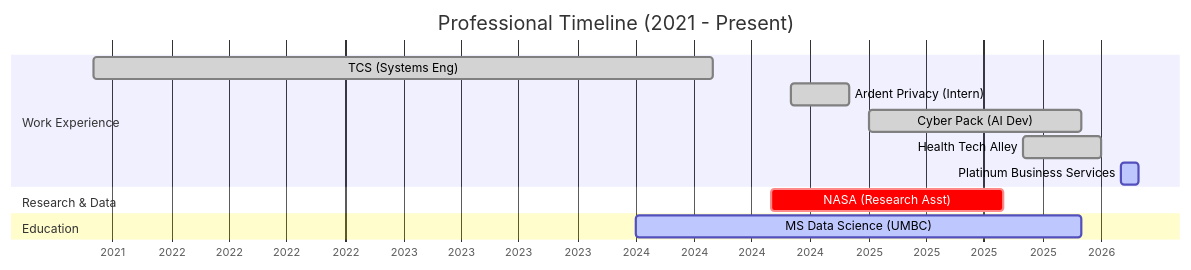
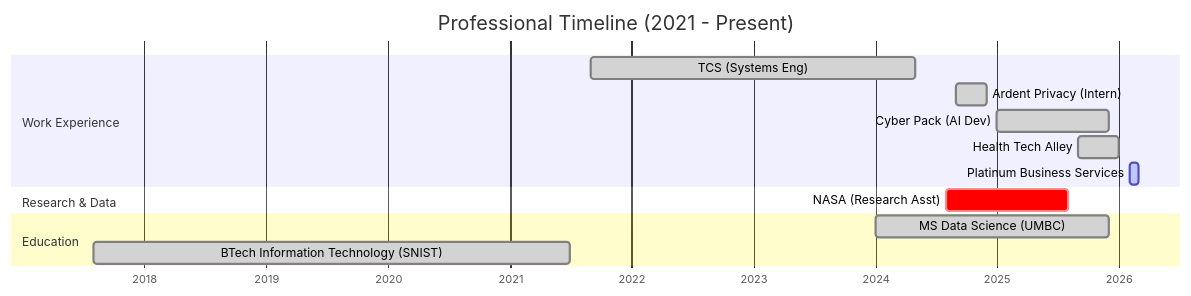
One commit to akhil1729/akhil1729 changed the diagram in README.md. Above: the diagram before and after it, drawn with Mermaid.

Commit message:
Update education status in README

````diff
--- a/README.md
+++ b/README.md
@@ -20,19 +20,20 @@
 ```mermaid
 gantt
     title Professional Timeline (2021 - Present)
     dateFormat  YYYY-MM
     axisFormat  %Y
     
     section Work Experience
     TCS (Systems Eng)      :done,    job1, 2021-09, 2024-05
     Ardent Privacy (Intern):done,    job2, 2024-09, 2024-12
     Cyber Pack (AI Dev)    :done,  job3, 2025-01, 2025-12
     Health Tech Alley      :done,  job4, 2025-09, 2026-01
     Platinum Business Services      :active,  job5, 2026-02, 2026-03
     
     section Research & Data
     NASA (Research Asst)   :crit,    res1, 2024-08, 2025-08
     
     section Education
-    MS Data Science (UMBC) :active,  edu1, 2024-01, 2025-12
+    MS Data Science (UMBC) :done,  edu1, 2024-01, 2025-12
+    BTech Information Technology (SNIST) :done,  edu2, 2017-08, 2021-07
 ```
````
